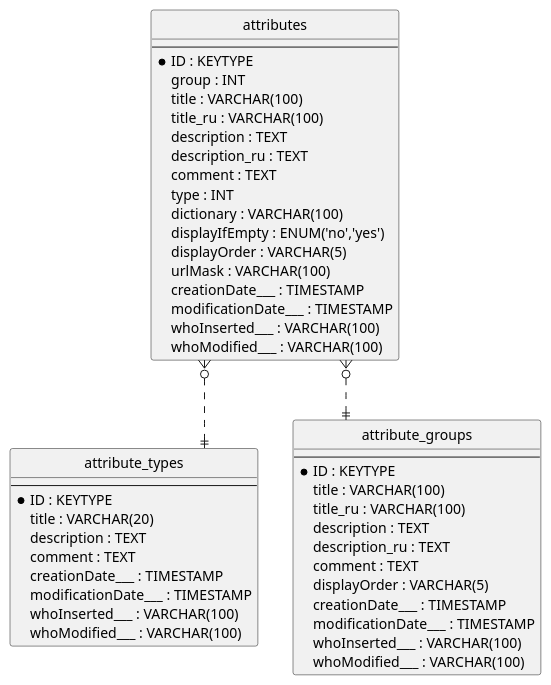
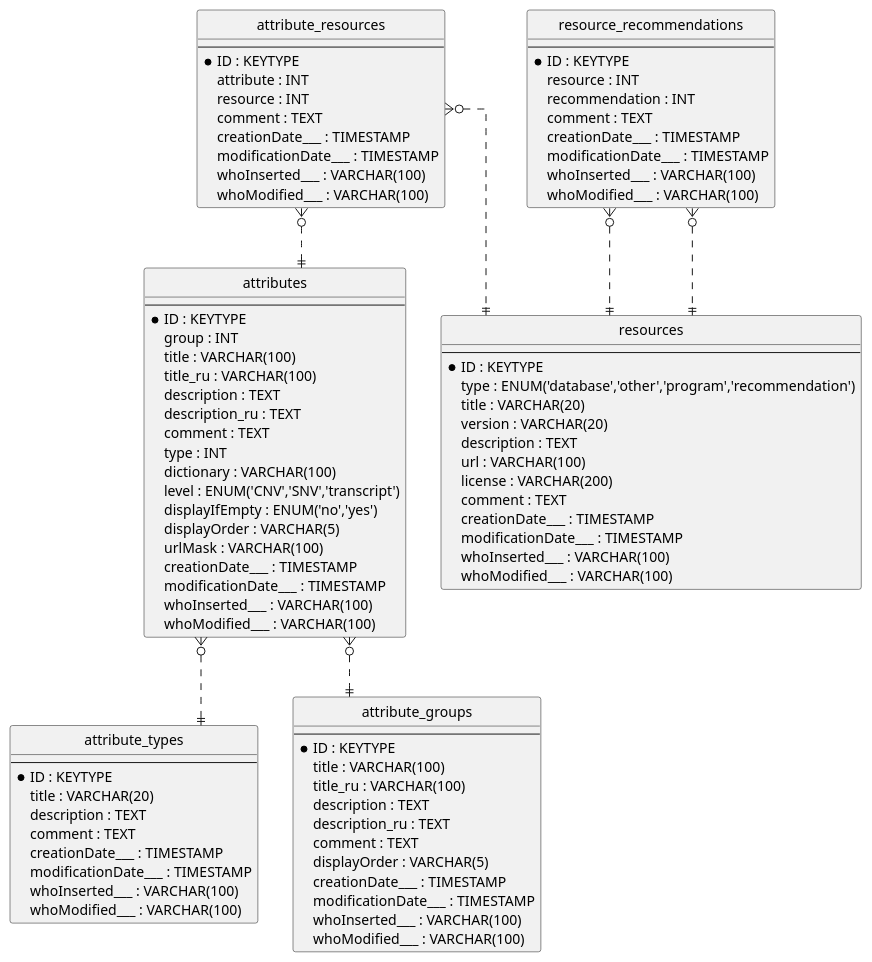
One commit to genespace-ru/lims-docs changed the diagram in source/be5/diagrams/attributes.puml. Above: the diagram before and after it, drawn with PlantUML. The commit also changed 7 other files, not shown here.

```diff
--- a/source/be5/diagrams/attributes.puml
+++ b/source/be5/diagrams/attributes.puml
@@ -1,52 +1,97 @@
    hide circle
    skinparam linetype ortho
 
    entity "attributes" as attributes{
      --
      *ID : KEYTYPE
      group : INT
      title : VARCHAR(100)
      title_ru : VARCHAR(100)
      description : TEXT
      description_ru : TEXT
      comment : TEXT
      type : INT
      dictionary : VARCHAR(100)
+     level : ENUM('CNV','SNV','transcript')
      displayIfEmpty : ENUM('no','yes')
      displayOrder : VARCHAR(5)
      urlMask : VARCHAR(100)
      creationDate___ : TIMESTAMP
      modificationDate___ : TIMESTAMP
      whoInserted___ : VARCHAR(100)
      whoModified___ : VARCHAR(100)
     }
 
    entity "attribute_types" as attribute_types{
      --
      *ID : KEYTYPE
      title : VARCHAR(20)
      description : TEXT
      comment : TEXT
      creationDate___ : TIMESTAMP
      modificationDate___ : TIMESTAMP
      whoInserted___ : VARCHAR(100)
      whoModified___ : VARCHAR(100)
     }
 
    entity "attribute_groups" as attribute_groups{
      --
      *ID : KEYTYPE
      title : VARCHAR(100)
      title_ru : VARCHAR(100)
      description : TEXT
      description_ru : TEXT
      comment : TEXT
      displayOrder : VARCHAR(5)
      creationDate___ : TIMESTAMP
      modificationDate___ : TIMESTAMP
      whoInserted___ : VARCHAR(100)
      whoModified___ : VARCHAR(100)
     }
 
+   entity "attribute_resources" as attribute_resources{
+     --
+     *ID : KEYTYPE
+     attribute : INT
+     resource : INT
+     comment : TEXT
+     creationDate___ : TIMESTAMP
+     modificationDate___ : TIMESTAMP
+     whoInserted___ : VARCHAR(100)
+     whoModified___ : VARCHAR(100)
+    }
+
+   entity "resources" as resources{
+     --
+     *ID : KEYTYPE
+     type : ENUM('database','other','program','recommendation')
+     title : VARCHAR(20)
+     version : VARCHAR(20)
+     description : TEXT
+     url : VARCHAR(100)
+     license : VARCHAR(200)
+     comment : TEXT
+     creationDate___ : TIMESTAMP
+     modificationDate___ : TIMESTAMP
+     whoInserted___ : VARCHAR(100)
+     whoModified___ : VARCHAR(100)
+    }
+
+   entity "resource_recommendations" as resource_recommendations{
+     --
+     *ID : KEYTYPE
+     resource : INT
+     recommendation : INT
+     comment : TEXT
+     creationDate___ : TIMESTAMP
+     modificationDate___ : TIMESTAMP
+     whoInserted___ : VARCHAR(100)
+     whoModified___ : VARCHAR(100)
+    }
+
+   attribute_resources }o..|| attributes
+   attribute_resources }o..|| resources
    attributes }o..|| attribute_groups
    attributes }o..|| attribute_types
+   resource_recommendations }o..|| resources
+   resource_recommendations }o..|| resources
```
